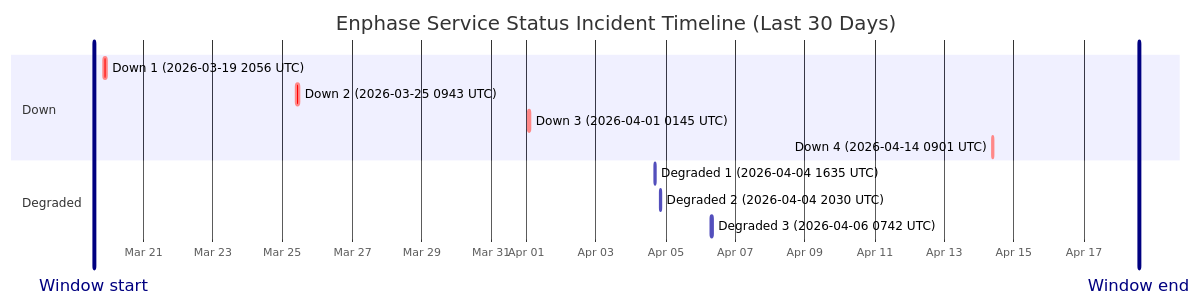
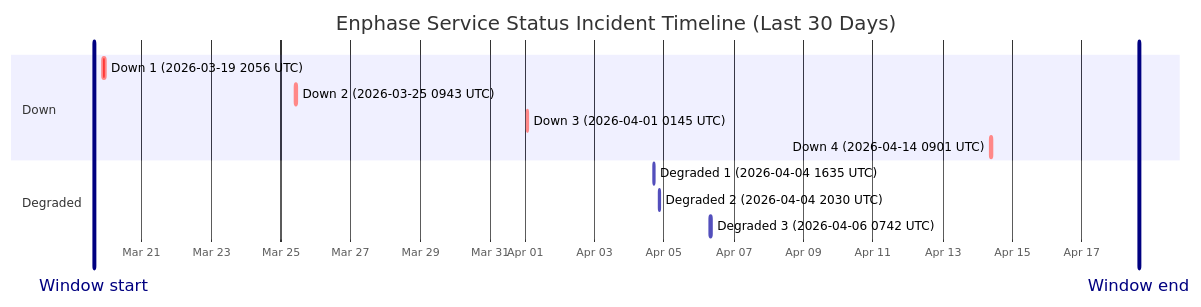
The diagram in wiki/Service-Status-History.md (barneyonline/ha-enphase-ev-charger), drawn with Mermaid before and after one commit. The commit also changed other lines of this file and 3 other files, not shown here.

````diff
--- a/wiki/Service-Status-History.md
+++ b/wiki/Service-Status-History.md
@@ -14,17 +14,17 @@
 ```mermaid
 gantt
     title Enphase Service Status Incident Timeline (Last 30 Days)
     dateFormat  YYYY-MM-DDTHH:mm:ss
     axisFormat  %b %d
-    Window start :vert, window-start, 2026-03-19T14:09:30, 0ms
-    Window end :vert, window-end, 2026-04-18T14:09:30, 0ms
+    Window start :vert, window-start, 2026-03-19T15:05:40, 0ms
+    Window end :vert, window-end, 2026-04-18T15:05:40, 0ms
     section Down
     Down 1 (2026-03-19 2056 UTC) :crit, down-1, 2026-03-19T20:56:20, 145m
     Down 2 (2026-03-25 0943 UTC) :crit, down-2, 2026-03-25T09:43:28, 111m
     Down 3 (2026-04-01 0145 UTC) :crit, down-3, 2026-04-01T01:45:09, 60m
     Down 4 (2026-04-14 0901 UTC) :crit, down-4, 2026-04-14T09:01:13, 60m
     section Degraded
     Degraded 1 (2026-04-04 1635 UTC) :active, degraded-1, 2026-04-04T16:35:17, 60m
     Degraded 2 (2026-04-04 2030 UTC) :active, degraded-2, 2026-04-04T20:30:40, 60m
     Degraded 3 (2026-04-06 0742 UTC) :active, degraded-3, 2026-04-06T07:42:09, 85m
 ```
````
